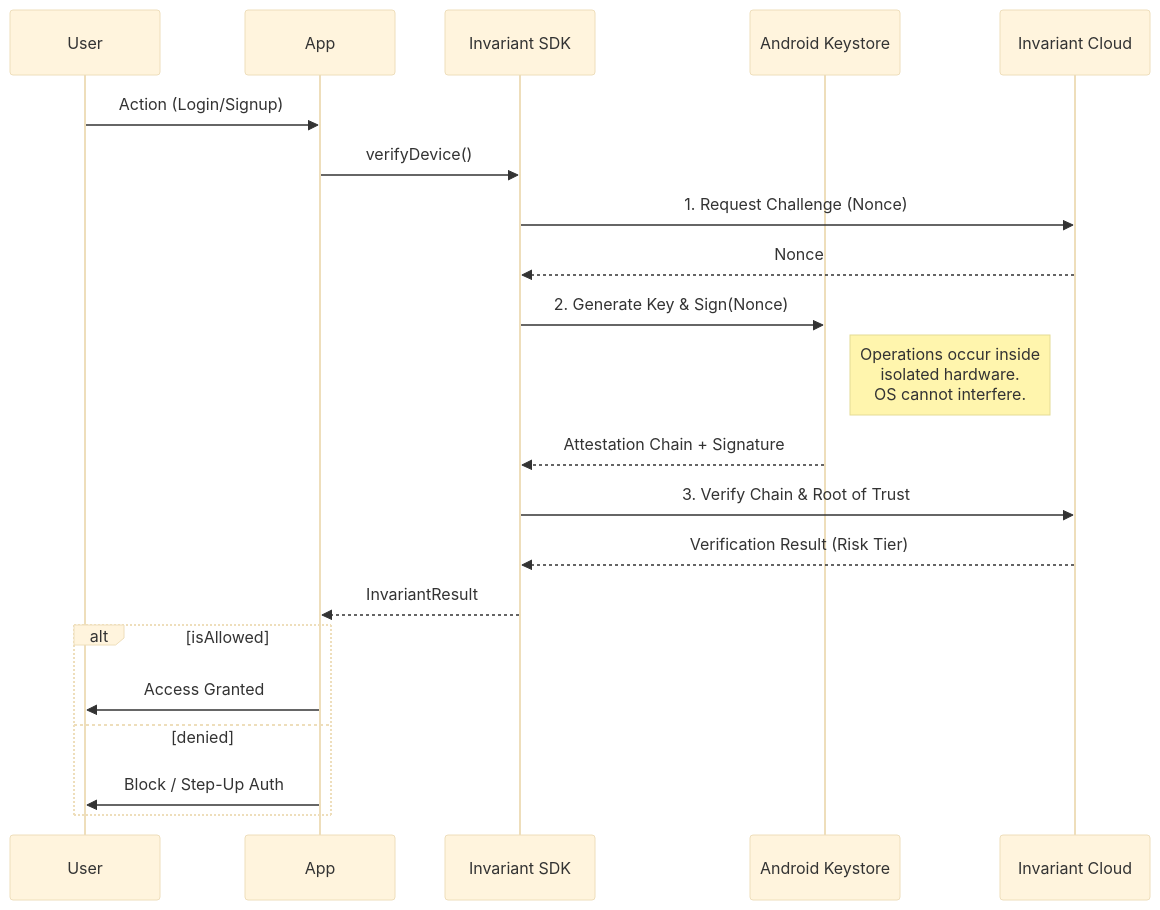
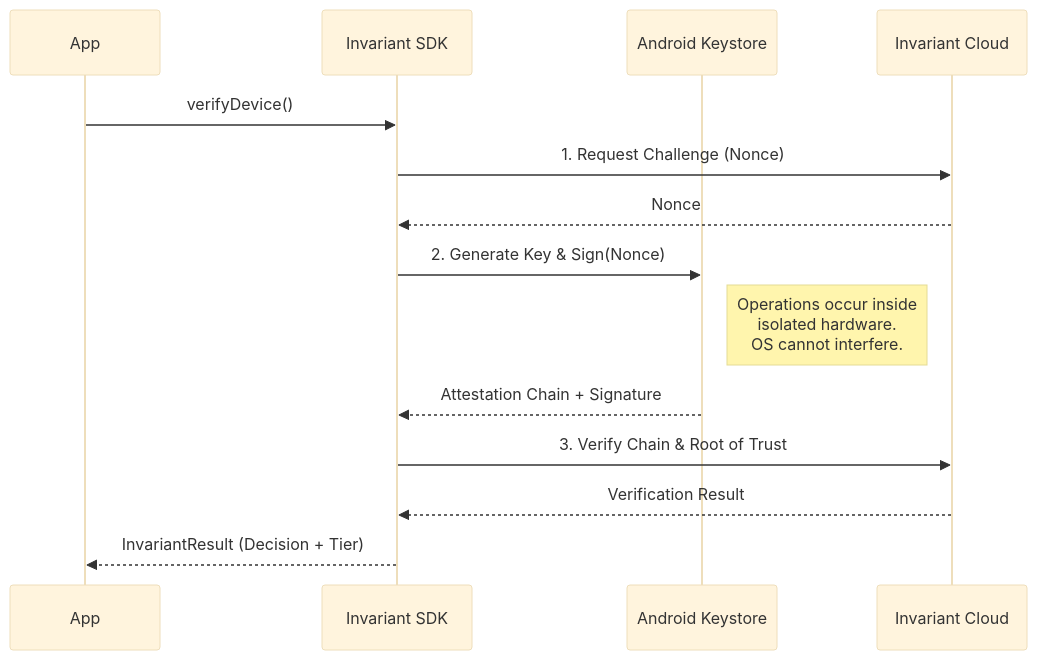
Before and after one commit to KarmaYama/invariant-monorepo: the diagram in invariant_sdk/README.md, drawn with Mermaid (base theme). The commit also changed other lines of this file and 1 other file, not shown here.

Commit message:
updated readme for sdk and example app

````diff
--- a/invariant_sdk/README.md
+++ b/invariant_sdk/README.md
@@ -19,26 +19,18 @@
 ```mermaid
 sequenceDiagram
-    participant User
     participant App
     participant SDK as Invariant SDK
     participant TEE as Android Keystore
     participant Node as Invariant Cloud
 
-    User->>App: Action (Login/Signup)
     App->>SDK: verifyDevice()
     SDK->>Node: 1. Request Challenge (Nonce)
     Node-->>SDK: Nonce
     SDK->>TEE: 2. Generate Key & Sign(Nonce)
     Note right of TEE: Operations occur inside<br/>isolated hardware.<br/>OS cannot interfere.
     TEE-->>SDK: Attestation Chain + Signature
     SDK->>Node: 3. Verify Chain & Root of Trust
-    Node-->>SDK: Verification Result (Risk Tier)
-    SDK-->>App: InvariantResult
-    
-    alt isAllowed
-        App->>User: Access Granted
-    else denied
-        App->>User: Block / Step-Up Auth
-    end
+    Node-->>SDK: Verification Result
+    SDK-->>App: InvariantResult (Decision + Tier)
 
 ```
````
